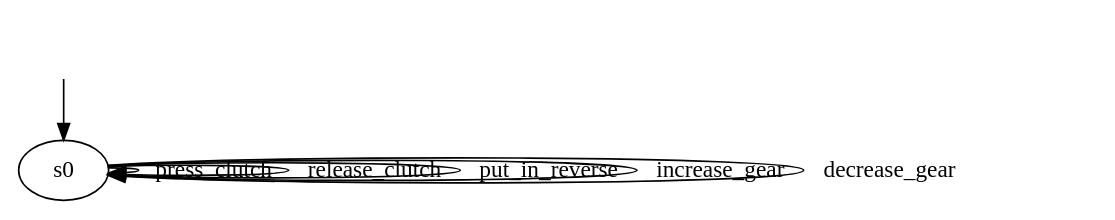
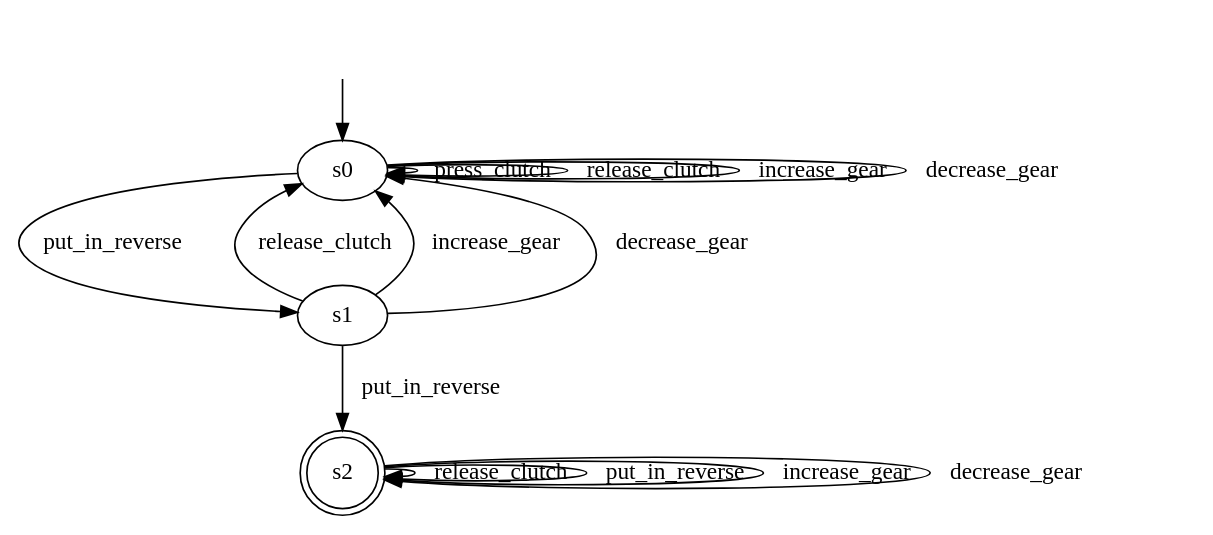
Before and after one commit to tomyaacov/lstar_dont_care: the diagram in output/gearbox_dfa_b.dot, drawn with Graphviz. The commit also changed 10 other files, not shown here.

```diff
--- a/output/gearbox_dfa_b.dot
+++ b/output/gearbox_dfa_b.dot
@@ -1,10 +1,20 @@
 digraph "output/gearbox_dfa_b" {
 s0 [label=s0];
+s1 [label=s1];
+s2 [label=s2, shape=doublecircle];
 s0 -> s0  [label=press_clutch];
 s0 -> s0  [label=release_clutch];
-s0 -> s0  [label=put_in_reverse];
+s0 -> s1  [label=put_in_reverse];
 s0 -> s0  [label=increase_gear];
 s0 -> s0  [label=decrease_gear];
+s1 -> s0  [label=release_clutch];
+s1 -> s2  [label=put_in_reverse];
+s1 -> s0  [label=increase_gear];
+s1 -> s0  [label=decrease_gear];
+s2 -> s2  [label=release_clutch];
+s2 -> s2  [label=put_in_reverse];
+s2 -> s2  [label=increase_gear];
+s2 -> s2  [label=decrease_gear];
 __start0 [label="", shape=none];
 __start0 -> s0  [label=""];
 }
```
